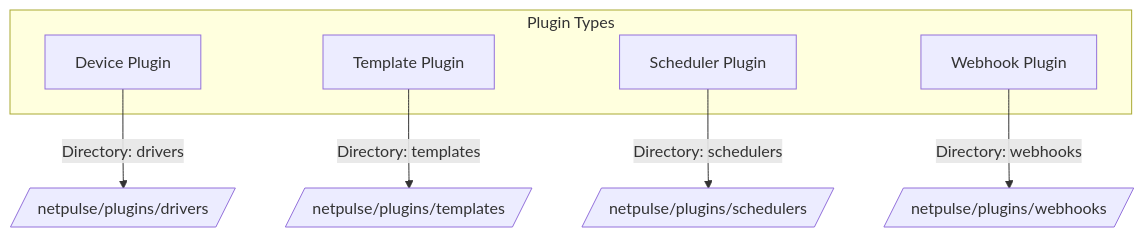
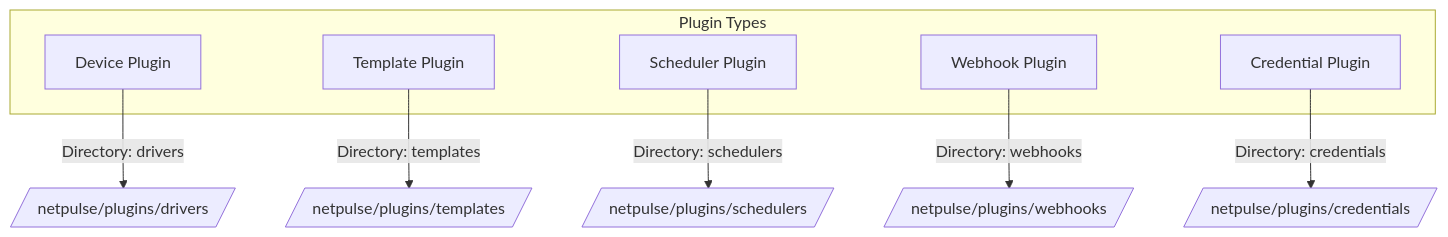
One commit to scitix/netpulse changed the second of 3 diagrams in docs/en/architecture/plugin-system.md. Above: the diagram before and after it, drawn with Mermaid. The commit also changed other lines of this file and 68 other files, not shown here.

````diff
--- a/docs/en/architecture/plugin-system.md
+++ b/docs/en/architecture/plugin-system.md
@@ -58,13 +63,15 @@
 ```mermaid
 graph TD
     subgraph Plugin Types
         Driver[Device Plugin]
         Template[Template Plugin]
         Scheduler[Scheduler Plugin]
         WebHook[Webhook Plugin]
+        Credential[Credential Plugin]
     end
     Driver -->|Directory: drivers| DriverDir[/netpulse/plugins/drivers/]
     Template -->|Directory: templates| TemplateDir[/netpulse/plugins/templates/]
     Scheduler -->|Directory: schedulers| SchedulerDir[/netpulse/plugins/schedulers/]
     WebHook -->|Directory: webhooks| WebHookDir[/netpulse/plugins/webhooks/]
+    Credential -->|Directory: credentials| CredentialDir[/netpulse/plugins/credentials/]
 ```
````
